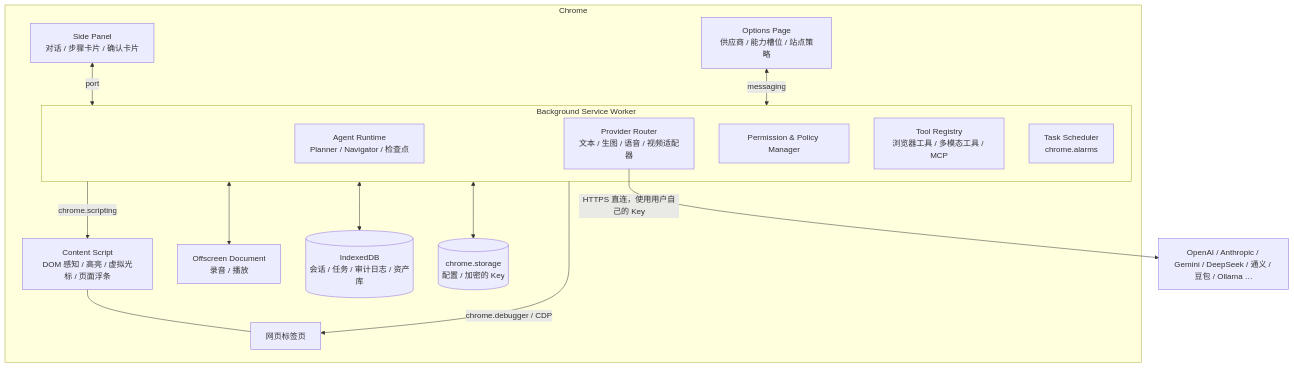
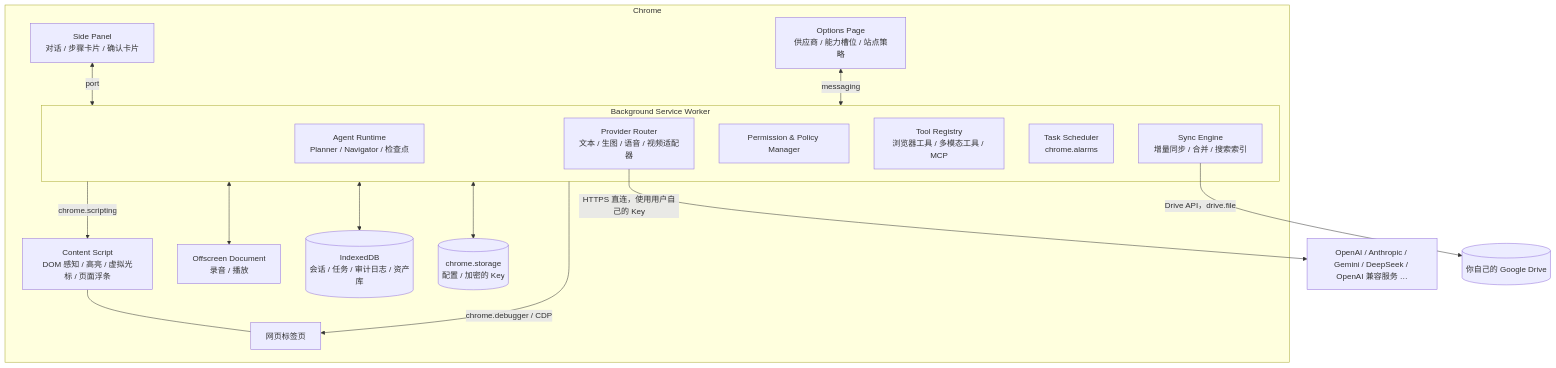
The second of 2 diagrams in docs/product-design.md (ethanzhrepo/browser-helper-lite), drawn with Mermaid before and after one commit. The commit also changed other lines of this file, not shown here.

First line of the commit message:
docs: record decisions and add Google Drive sync design

````diff
--- a/docs/product-design.md
+++ b/docs/product-design.md
@@ -392,28 +520,30 @@
 ```mermaid
 flowchart TB
     subgraph Chrome
         SP[Side Panel<br/>对话 / 步骤卡片 / 确认卡片]
         OP[Options Page<br/>供应商 / 能力槽位 / 站点策略]
         subgraph SW[Background Service Worker]
             AR[Agent Runtime<br/>Planner / Navigator / 检查点]
             PR[Provider Router<br/>文本 / 生图 / 语音 / 视频适配器]
             PM[Permission & Policy Manager]
             TR[Tool Registry<br/>浏览器工具 / 多模态工具 / MCP]
             TS[Task Scheduler<br/>chrome.alarms]
+            SY[Sync Engine<br/>增量同步 / 合并 / 搜索索引]
         end
         CS[Content Script<br/>DOM 感知 / 高亮 / 虚拟光标 / 页面浮条]
         OD[Offscreen Document<br/>录音 / 播放]
         DB[(IndexedDB<br/>会话 / 任务 / 审计日志 / 资产库)]
         ST[(chrome.storage<br/>配置 / 加密的 Key)]
         TAB[网页标签页]
     end
     SP <-- port --> SW
     OP <-- messaging --> SW
     SW -- chrome.debugger / CDP --> TAB
     SW -- chrome.scripting --> CS
     CS --- TAB
     SW <--> OD
     SW <--> DB
     SW <--> ST
-    PR -- HTTPS 直连，使用用户自己的 Key --> LLM[OpenAI / Anthropic / Gemini / DeepSeek / 通义 / 豆包 / Ollama …]
+    PR -- HTTPS 直连，使用用户自己的 Key --> LLM[OpenAI / Anthropic / Gemini / DeepSeek / OpenAI 兼容服务 …]
+    SY -- Drive API，drive.file --> GD[(你自己的 Google Drive)]
 ```
````
